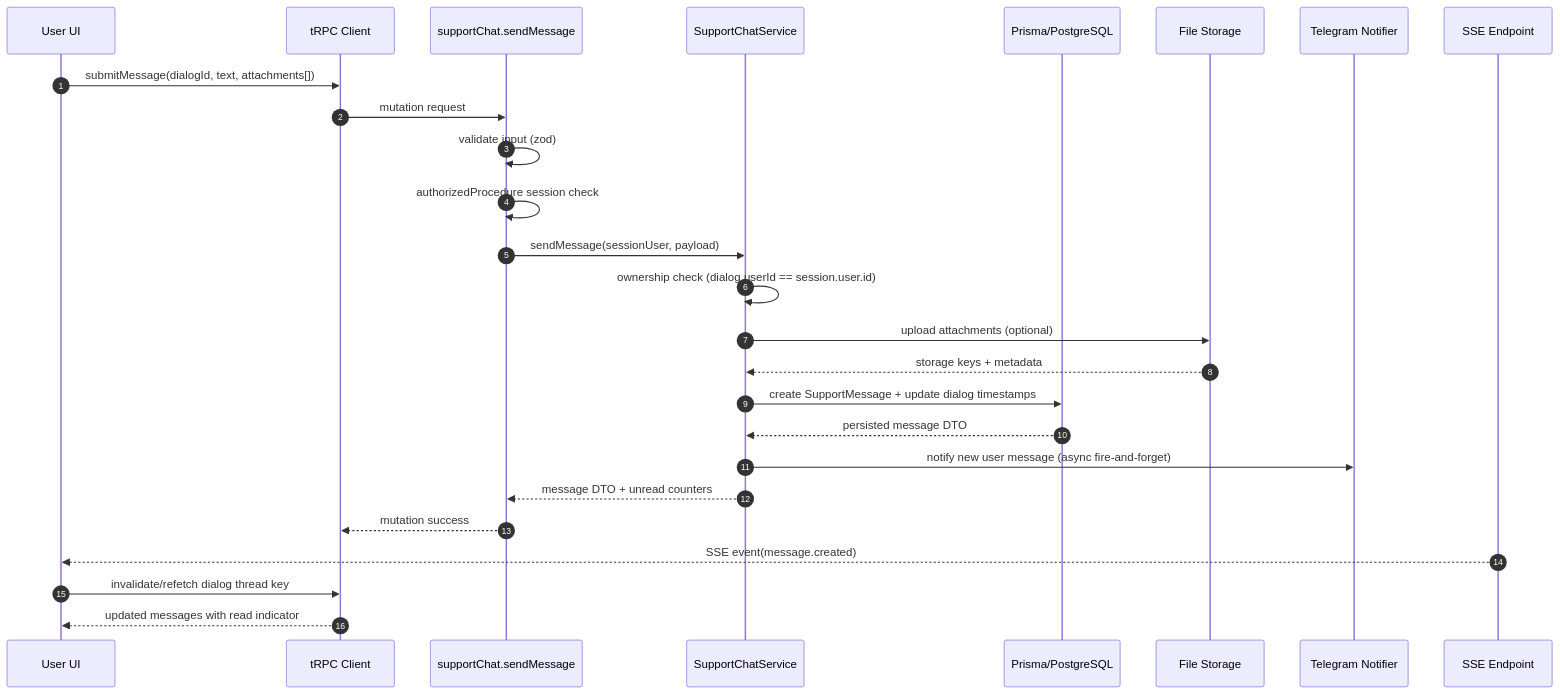
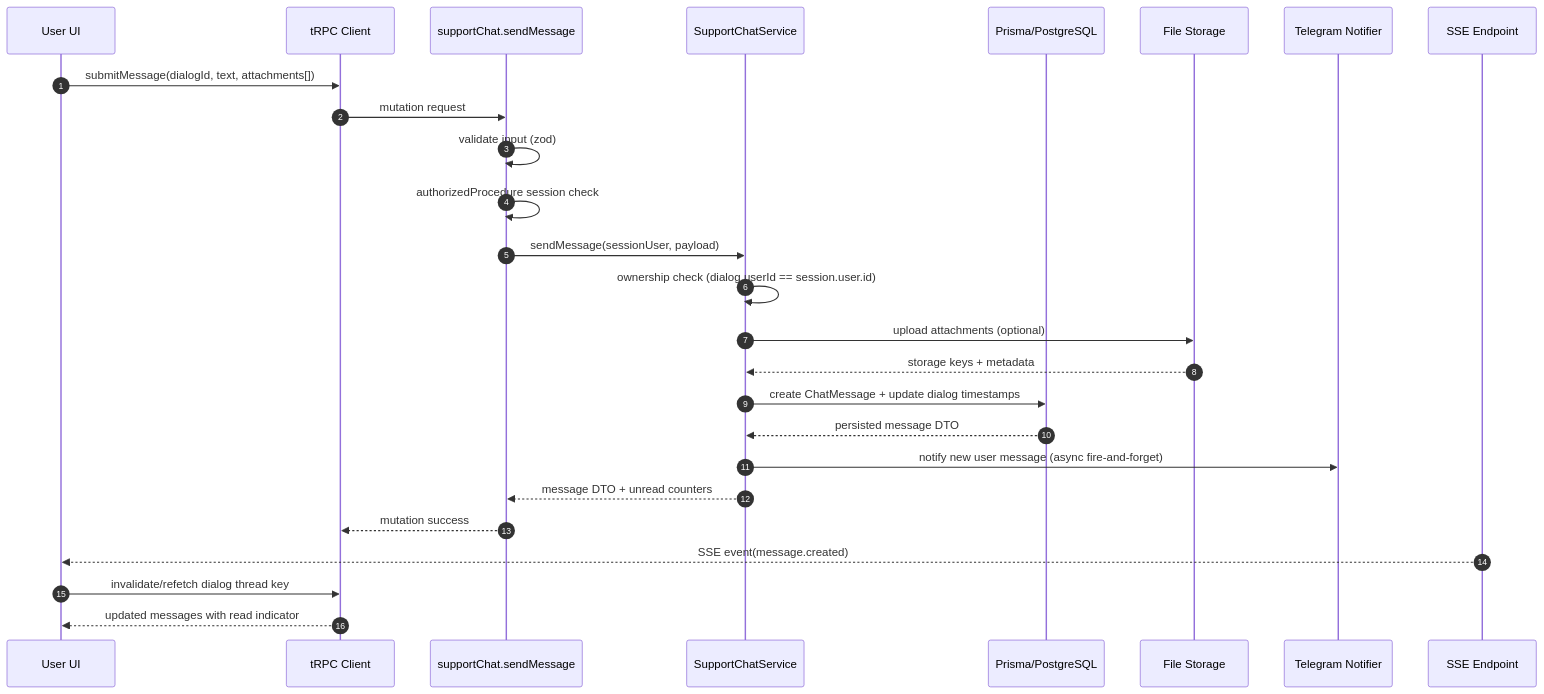
One commit to SrgyS/yns-app changed the fifth of 6 diagrams in docs/ai/features/support-chat/20-design.md. Above: the diagram before and after it, drawn with Mermaid. The commit also changed other lines of this file and 51 other files, not shown here.

First line of the commit message:
feat(support-chat): implement attachment preview with private bucket and staged uploads

````diff
--- a/docs/ai/features/support-chat/20-design.md
+++ b/docs/ai/features/support-chat/20-design.md
@@ -166,29 +166,29 @@
 ```mermaid
 sequenceDiagram
     autonumber
     participant U as User UI
     participant C as tRPC Client
     participant R as supportChat.sendMessage
     participant S as SupportChatService
     participant DB as Prisma/PostgreSQL
     participant ST as File Storage
     participant TG as Telegram Notifier
     participant E as SSE Endpoint
 
     U->>C: submitMessage(dialogId, text, attachments[])
     C->>R: mutation request
     R->>R: validate input (zod)
     R->>R: authorizedProcedure session check
     R->>S: sendMessage(sessionUser, payload)
     S->>S: ownership check (dialog.userId == session.user.id)
     S->>ST: upload attachments (optional)
     ST-->>S: storage keys + metadata
-    S->>DB: create SupportMessage + update dialog timestamps
+    S->>DB: create ChatMessage + update dialog timestamps
     DB-->>S: persisted message DTO
     S->>TG: notify new user message (async fire-and-forget)
     S-->>R: message DTO + unread counters
     R-->>C: mutation success
     E-->>U: SSE event(message.created)
     U->>C: invalidate/refetch dialog thread key
     C-->>U: updated messages with read indicator
 ```
````
